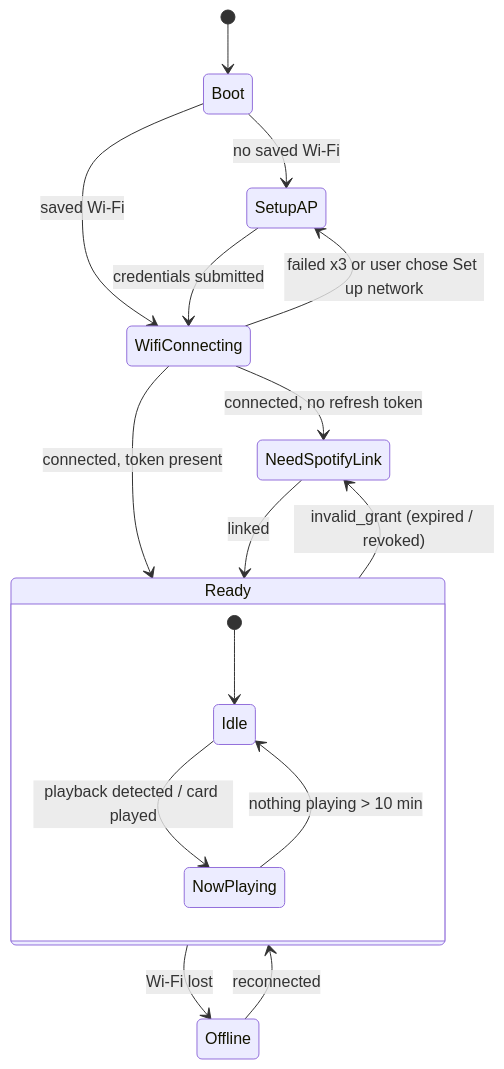
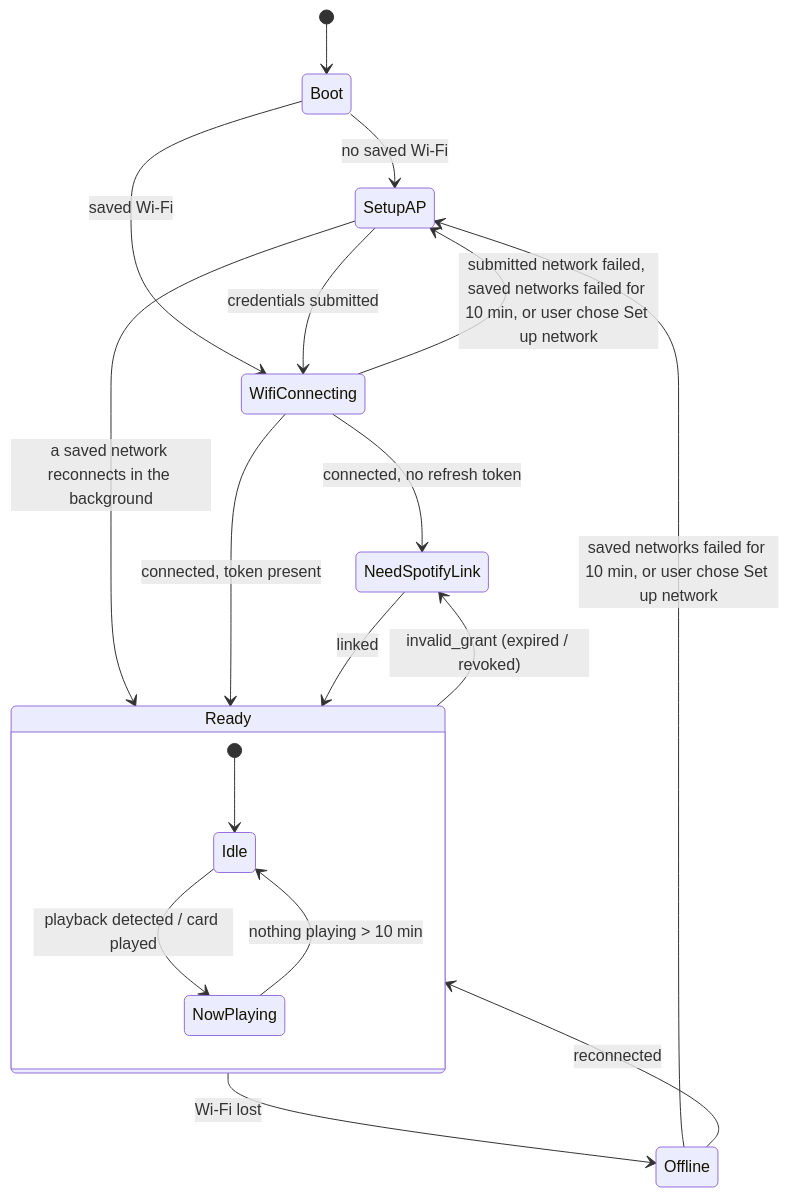
Before and after one commit to dinc5150/SpotifyCdPlayer: the first of 3 diagrams in PLAN.md, drawn with Mermaid. The commit also changed other lines of this file and 47 other files, not shown here.

````diff
--- a/PLAN.md
+++ b/PLAN.md
@@ -302,19 +302,21 @@
 ```mermaid
 stateDiagram-v2
   [*] --> Boot
   Boot --> SetupAP: no saved Wi-Fi
   Boot --> WifiConnecting: saved Wi-Fi
   SetupAP --> WifiConnecting: credentials submitted
-  WifiConnecting --> SetupAP: failed x3 or user chose Set up network
+  WifiConnecting --> SetupAP: submitted network failed, saved networks failed for 10 min, or user chose Set up network
+  SetupAP --> Ready: a saved network reconnects in the background
+  Offline --> SetupAP: saved networks failed for 10 min, or user chose Set up network
   WifiConnecting --> NeedSpotifyLink: connected, no refresh token
   WifiConnecting --> Ready: connected, token present
   NeedSpotifyLink --> Ready: linked
   Ready --> NeedSpotifyLink: invalid_grant (expired / revoked)
   Ready --> Offline: Wi-Fi lost
   Offline --> Ready: reconnected
   state Ready {
     [*] --> Idle
     Idle --> NowPlaying: playback detected / card played
     NowPlaying --> Idle: nothing playing > 10 min
   }
 ```
````
